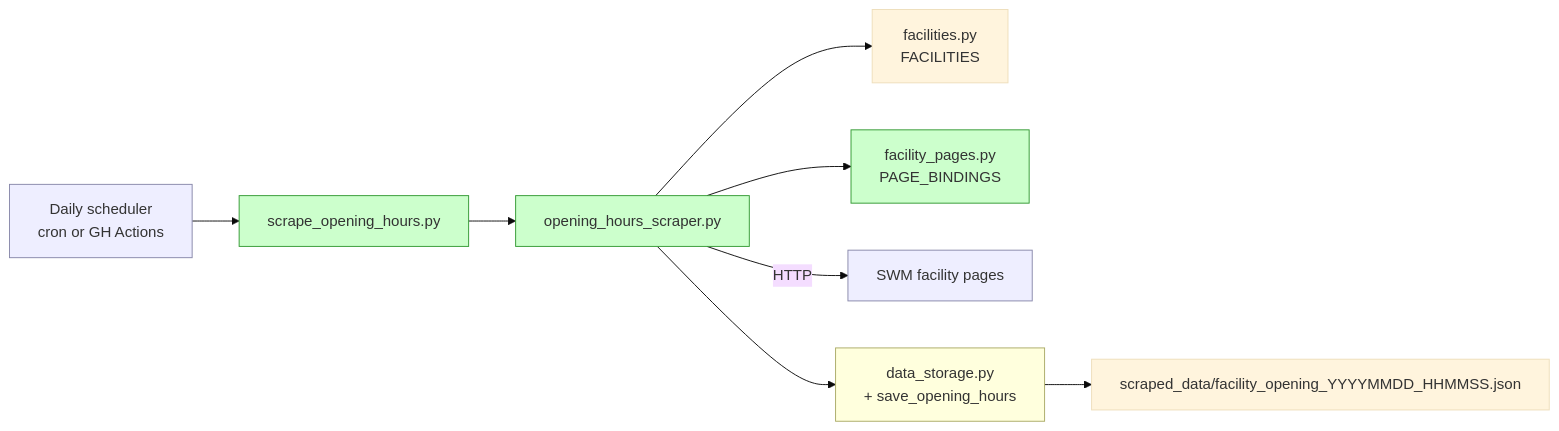
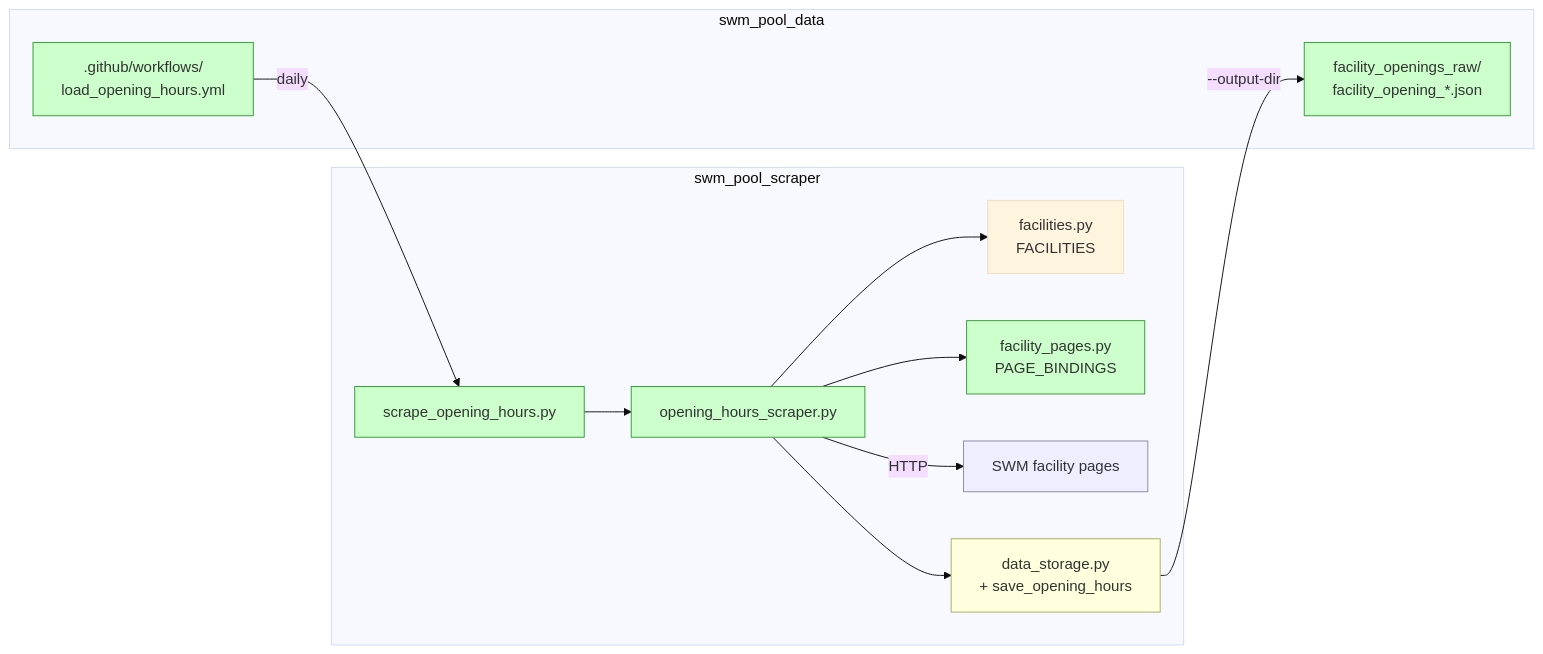
Before and after one commit to tillg/swm_pool_scraper: the first of 2 diagrams in specs/changes/scrape-pool-opening-hours/architecture.md, drawn with Mermaid (base theme). The commit also changed other lines of this file and 29 other files, not shown here.

First line of the commit message:
Add daily opening-hours scraper with closed-for-season handling

````diff
--- a/specs/changes/scrape-pool-opening-hours/architecture.md
+++ b/specs/changes/scrape-pool-opening-hours/architecture.md
@@ -15,14 +17,22 @@
 ```mermaid
 flowchart LR
-    CLI[scrape_opening_hours.py]:::new --> OH[opening_hours_scraper.py]:::new
-    OH --> FR[facilities.py<br/>FACILITIES]
-    OH --> PS[facility_pages.py<br/>PAGE_BINDINGS]:::new
-    OH -->|HTTP| SWM[SWM facility pages]:::ext
-    OH --> DS[data_storage.py<br/>+ save_opening_hours]:::touched
-    DS --> File[scraped_data/facility_opening_YYYYMMDD_HHMMSS.json]
-    Sched[Daily scheduler<br/>cron or GH Actions]:::ext --> CLI
+    subgraph This["swm_pool_scraper"]
+        CLI[scrape_opening_hours.py]:::new --> OH[opening_hours_scraper.py]:::new
+        OH --> FR[facilities.py<br/>FACILITIES]
+        OH --> PS[facility_pages.py<br/>PAGE_BINDINGS]:::new
+        OH -->|HTTP| SWM[SWM facility pages]:::ext
+        OH --> DS[data_storage.py<br/>+ save_opening_hours]:::touched
+    end
+
+    subgraph Data["swm_pool_data"]
+        GH[.github/workflows/<br/>load_opening_hours.yml]:::new
+        Out[facility_openings_raw/<br/>facility_opening_*.json]:::new
+    end
+
+    GH -->|daily| CLI
+    DS -->|--output-dir| Out
 
     classDef new fill:#cfc,stroke:#393
     classDef touched fill:#ffd,stroke:#aa6
     classDef ext fill:#eef,stroke:#88a
 ```
````
